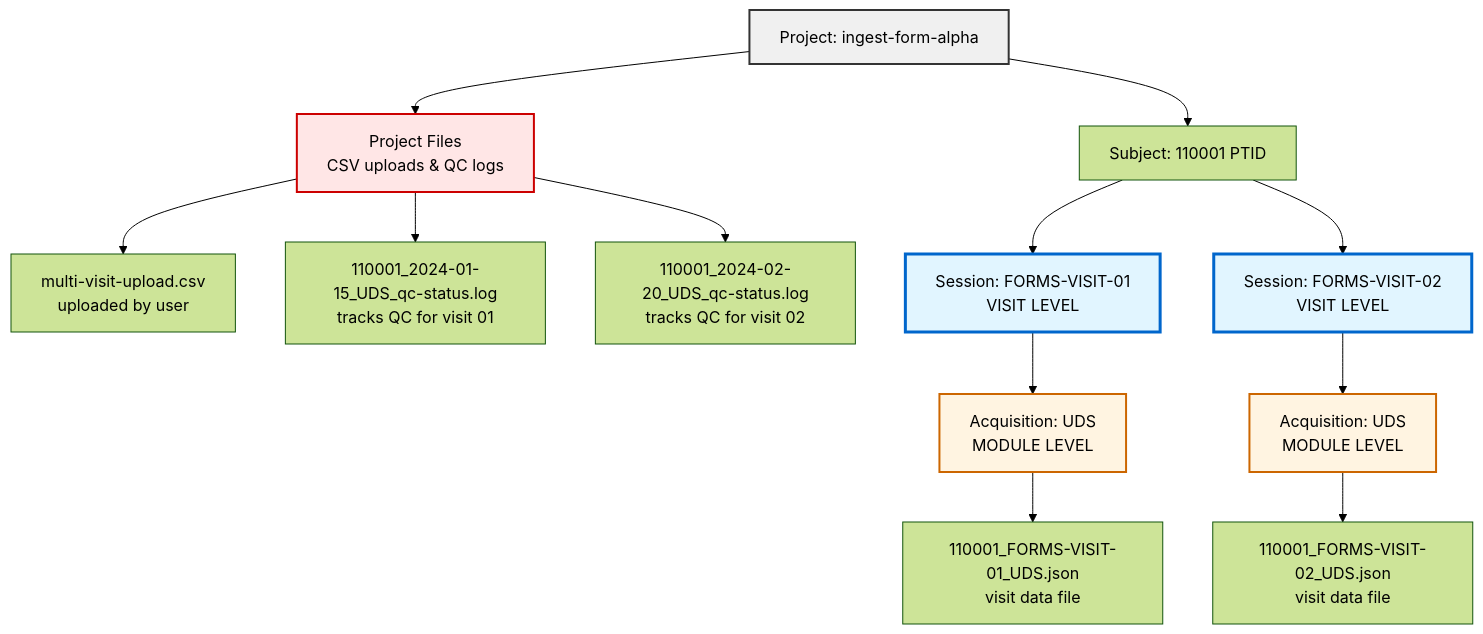
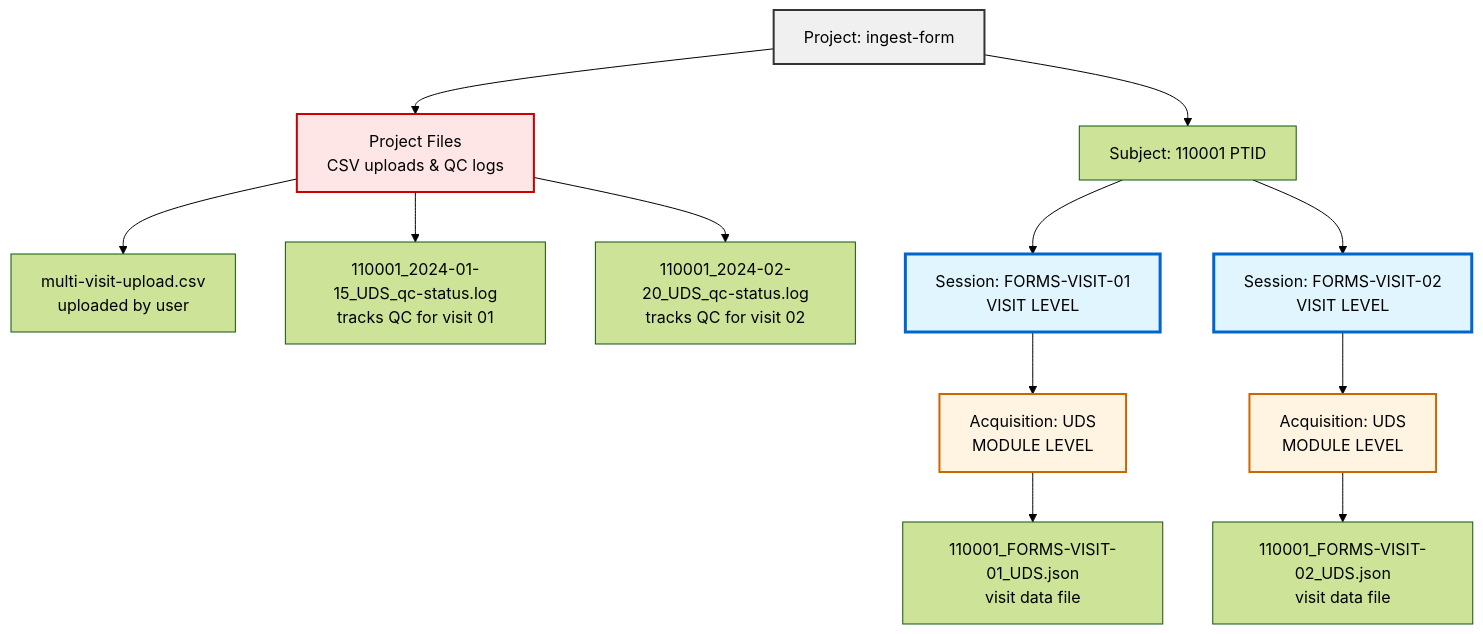
Before and after one commit to naccdata/flywheel-gear-extensions: the first of 6 diagrams in docs/form_scheduler/event-logging.md, drawn with Mermaid (forest theme). The commit also changed other lines of this file, not shown here.

````diff
--- a/docs/form_scheduler/event-logging.md
+++ b/docs/form_scheduler/event-logging.md
@@ -34,25 +34,25 @@
 ```mermaid
 graph TD
-    A[Project: ingest-form-alpha] --> B[Project Files<br/>CSV uploads & QC logs]
+    A[Project: ingest-form] --> B[Project Files<br/>CSV uploads & QC logs]
     A --> C[Subject: 110001 PTID]
     
     B --> B1[multi-visit-upload.csv<br/>uploaded by user]
     B --> B2[110001_2024-01-15_UDS_qc-status.log<br/>tracks QC for visit 01]
     B --> B3[110001_2024-02-20_UDS_qc-status.log<br/>tracks QC for visit 02]
     
     C --> D[Session: FORMS-VISIT-01<br/>VISIT LEVEL]
     C --> E[Session: FORMS-VISIT-02<br/>VISIT LEVEL]
     
     D --> F[Acquisition: UDS<br/>MODULE LEVEL]
     F --> G[110001_FORMS-VISIT-01_UDS.json<br/>visit data file]
     
     E --> H[Acquisition: UDS<br/>MODULE LEVEL]
     H --> I[110001_FORMS-VISIT-02_UDS.json<br/>visit data file]
     
     style A fill:#f0f0f0,stroke:#333,stroke-width:2px
     style B fill:#ffe6e6,stroke:#cc0000,stroke-width:2px
     style D fill:#e1f5ff,stroke:#0066cc,stroke-width:3px
     style E fill:#e1f5ff,stroke:#0066cc,stroke-width:3px
     style F fill:#fff4e1,stroke:#cc6600,stroke-width:2px
     style H fill:#fff4e1,stroke:#cc6600,stroke-width:2px
 ```
````
